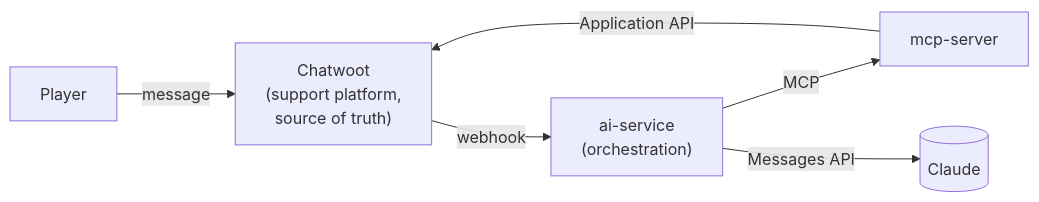
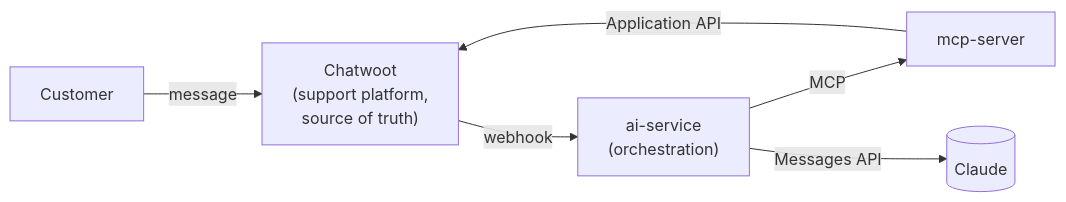
Before and after one commit to A-Locke/ai-game-support-platform: the diagram in README.md, drawn with Mermaid. The commit also changed other lines of this file and 40 other files, not shown here.

````diff
--- a/README.md
+++ b/README.md
@@ -36,8 +36,8 @@
 ```mermaid
 flowchart LR
-    Player -->|message| Chatwoot["Chatwoot\n(support platform,\nsource of truth)"]
+    Customer -->|message| Chatwoot["Chatwoot\n(support platform,\nsource of truth)"]
     Chatwoot -->|webhook| AI["ai-service\n(orchestration)"]
     AI -->|MCP| MCPServer["mcp-server"]
     MCPServer -->|Application API| Chatwoot
     AI -->|Messages API| Claude[(Claude)]
 ```
````
